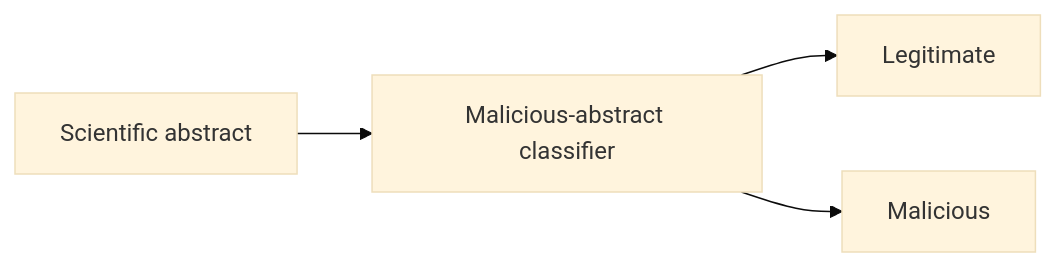
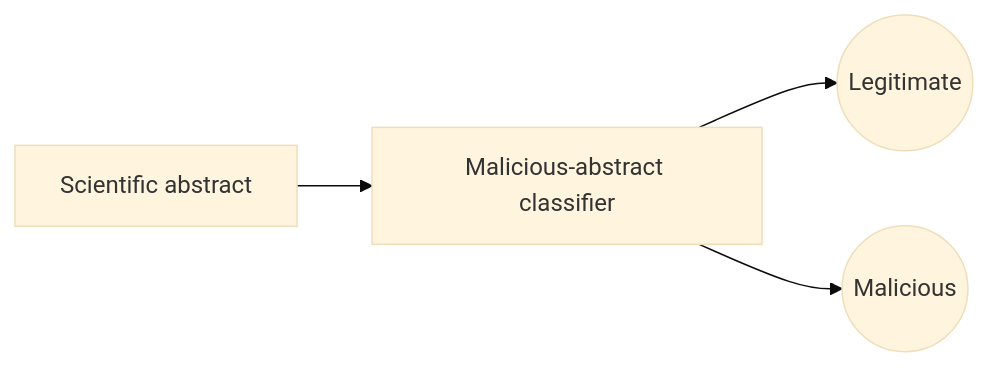
The eighth of 8 diagrams in AI-Training/SecurityInAI.md (anhttmle/CAIO), drawn with Mermaid (base theme) before and after one commit.

````diff
--- a/AI-Training/SecurityInAI.md
+++ b/AI-Training/SecurityInAI.md
@@ -243,7 +243,7 @@
 ```mermaid
 
   flowchart LR
   s1["Scientific abstract"] --> s2["Malicious-abstract classifier"]
-  s2 --> s3["Legitimate"] & s4["Malicious"]
+  s2 --> s3(("Legitimate")) & s4(("Malicious"))
 
 ```
````
